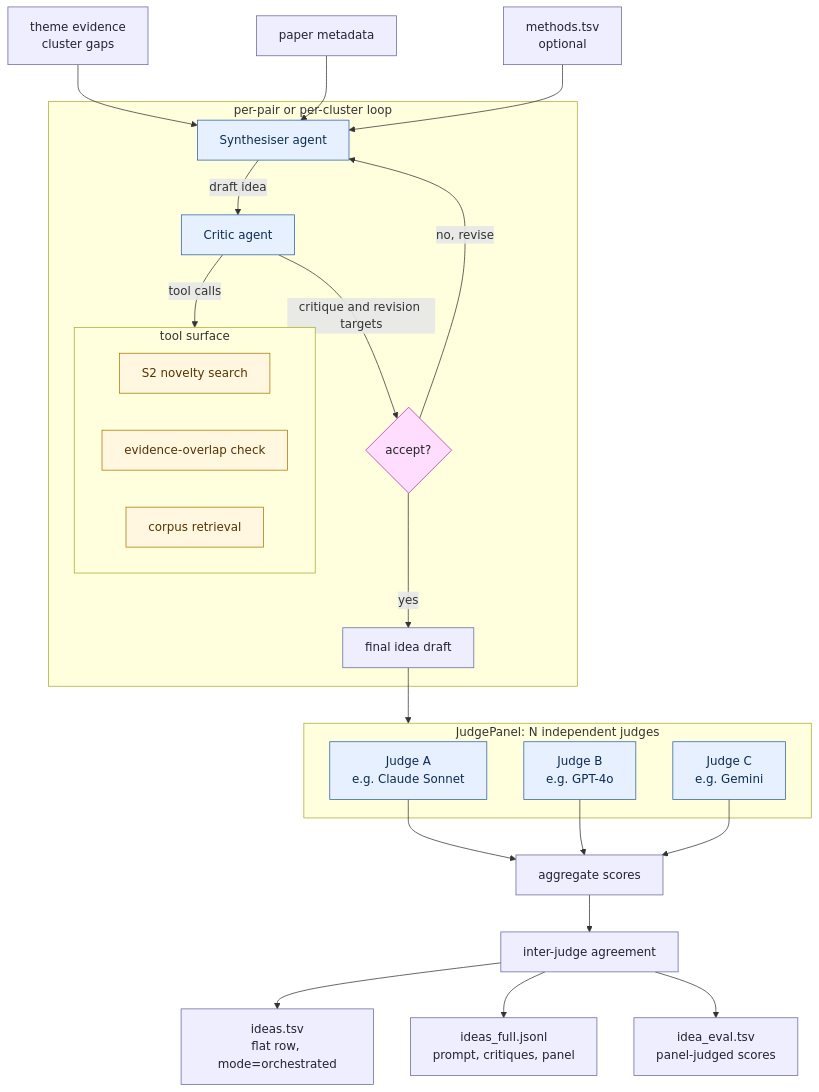
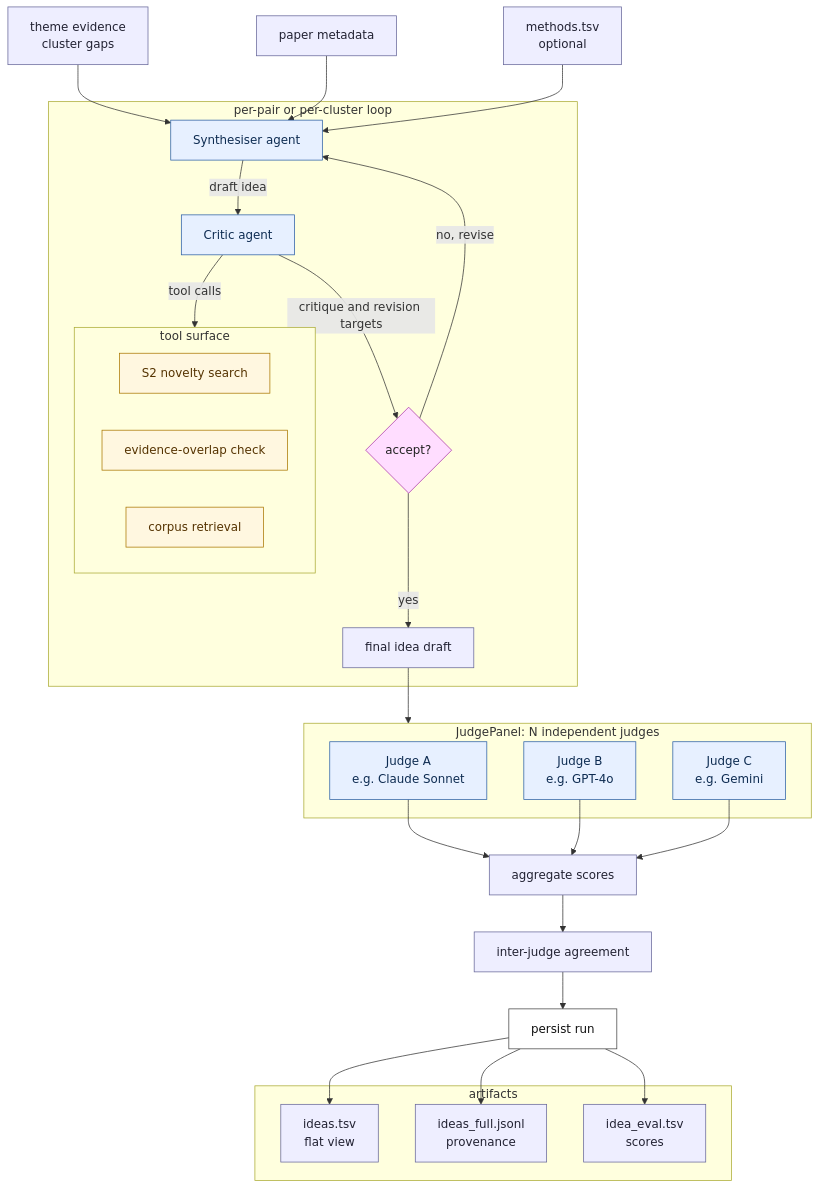
The diagram in docs/figures/orchestrated_mode.mmd (Yazangthb/Gap2Idea), drawn with Mermaid before and after one commit.

Commit message:
docs(figures): group output artifacts under a persist step

```diff
--- a/docs/figures/orchestrated_mode.mmd
+++ b/docs/figures/orchestrated_mode.mmd
@@ -1,56 +1,66 @@
 %% Gap2Idea — orchestrated multi-agent idea generation (thesis Figure 3)
 %% Reflects pipeline/orchestrator.py + pipeline/agents.py on master
 
 flowchart TD
     IN1["theme evidence<br/>cluster gaps"]
     IN2["paper metadata"]
     IN3["methods.tsv<br/>optional"]
 
     IN1 --> SYN
     IN2 --> SYN
     IN3 --> SYN
 
     subgraph LOOP["per-pair or per-cluster loop"]
         SYN["Synthesiser agent"]
         SYN -->|"draft idea"| CR
         CR["Critic agent"]
         CR -->|"tool calls"| TOOLS
         CR -->|"critique and revision targets"| REV{"accept?"}
         REV -->|"no, revise"| SYN
         REV -->|"yes"| FINAL["final idea draft"]
     end
 
     subgraph TOOLS["tool surface"]
         T1["S2 novelty search"]
         T2["evidence-overlap check"]
         T3["corpus retrieval"]
     end
 
     FINAL --> JP
 
     subgraph JP["JudgePanel: N independent judges"]
         J1["Judge A<br/>e.g. Claude Sonnet"]
         J2["Judge B<br/>e.g. GPT-4o"]
         J3["Judge C<br/>e.g. Gemini"]
     end
 
     J1 --> AGG1
     J2 --> AGG1
     J3 --> AGG1
 
     AGG1["aggregate scores"]
     AGG2["inter-judge agreement"]
     AGG1 --> AGG2
 
-    AGG2 --> OUT1["ideas.tsv<br/>flat row, mode=orchestrated"]
-    AGG2 --> OUT2["ideas_full.jsonl<br/>prompt, critiques, panel"]
-    AGG2 --> OUT3["idea_eval.tsv<br/>panel-judged scores"]
+    AGG2 --> PERSIST["persist run"]
+
+    subgraph ARTIFACTS["artifacts"]
+        OUT1["ideas.tsv<br/>flat view"]
+        OUT2["ideas_full.jsonl<br/>provenance"]
+        OUT3["idea_eval.tsv<br/>scores"]
+    end
+
+    PERSIST --> OUT1
+    PERSIST --> OUT2
+    PERSIST --> OUT3
 
     classDef agent fill:#e7f0ff,stroke:#2b5fa6,color:#0e2c52;
     classDef tool fill:#fff7e0,stroke:#aa7700,color:#553300;
     classDef artifact fill:#eef,stroke:#669,color:#223;
     classDef decision fill:#fdf,stroke:#a3a,color:#222;
+    classDef step fill:#fff,stroke:#444,color:#111;
     class SYN,CR,J1,J2,J3 agent;
     class T1,T2,T3 tool;
     class IN1,IN2,IN3,FINAL,AGG1,AGG2,OUT1,OUT2,OUT3 artifact;
+    class PERSIST step;
     class REV decision;
```
